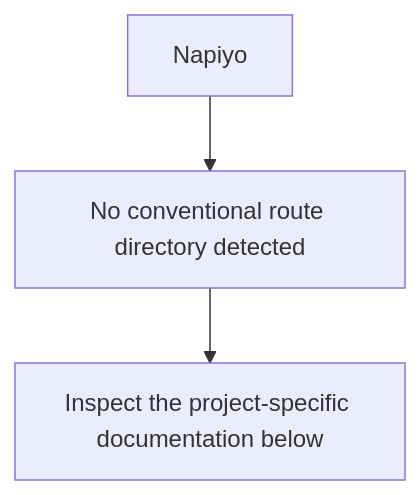
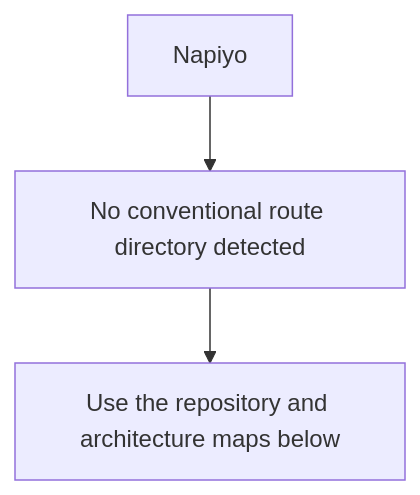
Before and after one commit to Nischhalsubba/Napiyo: the second of 5 diagrams in README.md, drawn with Mermaid. The commit also changed other lines of this file, not shown here.

````diff
--- a/README.md
+++ b/README.md
@@ -46,6 +86,6 @@
 ```mermaid
 flowchart TD
     APP["Napiyo"]
     APP --> SOURCE["No conventional route directory detected"]
-    SOURCE --> VERIFY["Inspect the project-specific documentation below"]
+    SOURCE --> GUIDE["Use the repository and architecture maps below"]
 ```
````
